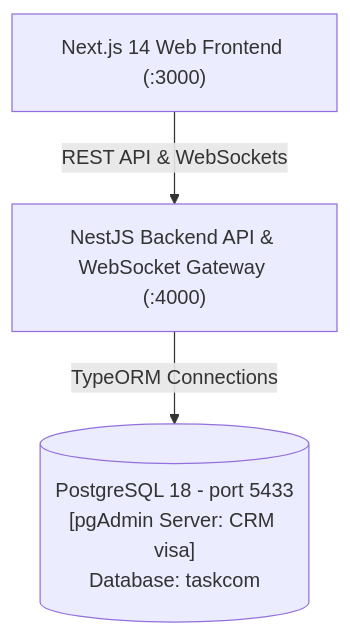
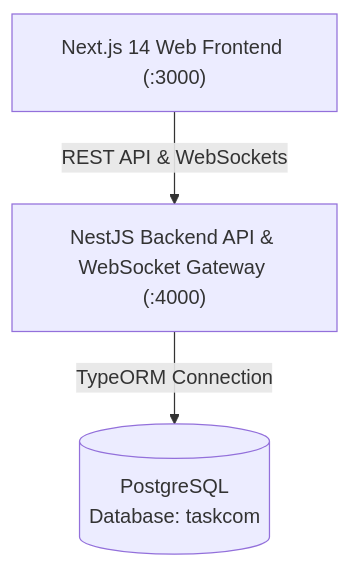
One commit to hamaza12145-ui/ChatTask changed the diagram in README.md. Above: the diagram before and after it, drawn with Mermaid. The commit also changed other lines of this file and 88 other files, not shown here.

````diff
--- a/README.md
+++ b/README.md
@@ -13,9 +13,9 @@
 ```mermaid
 graph TD
     Client["Next.js 14 Web Frontend (:3000)"]
     API["NestJS Backend API & WebSocket Gateway (:4000)"]
-    Postgres[("PostgreSQL 18 - port 5433\n[pgAdmin Server: CRM visa]\nDatabase: taskcom")]
+    Postgres[("PostgreSQL\nDatabase: taskcom")]
 
     Client -->|REST API & WebSockets| API
-    API -->|TypeORM Connections| Postgres
+    API -->|TypeORM Connection| Postgres
 ```
````
